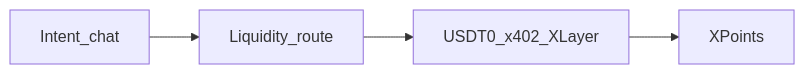
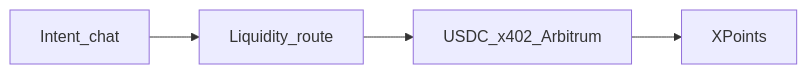
One commit to itzsihui/ArbitrumBuildathon changed the diagram in README.md. Above: the diagram before and after it, drawn with Mermaid. The commit also changed other lines of this file and 76 other files, not shown here.

````diff
--- a/README.md
+++ b/README.md
@@ -26,6 +26,6 @@
 ```mermaid
 flowchart LR
   intent[Intent_chat] --> route[Liquidity_route]
-  route --> settle[USDT0_x402_XLayer]
+  route --> settle[USDC_x402_Arbitrum]
   settle --> earn[XPoints]
 ```
````
